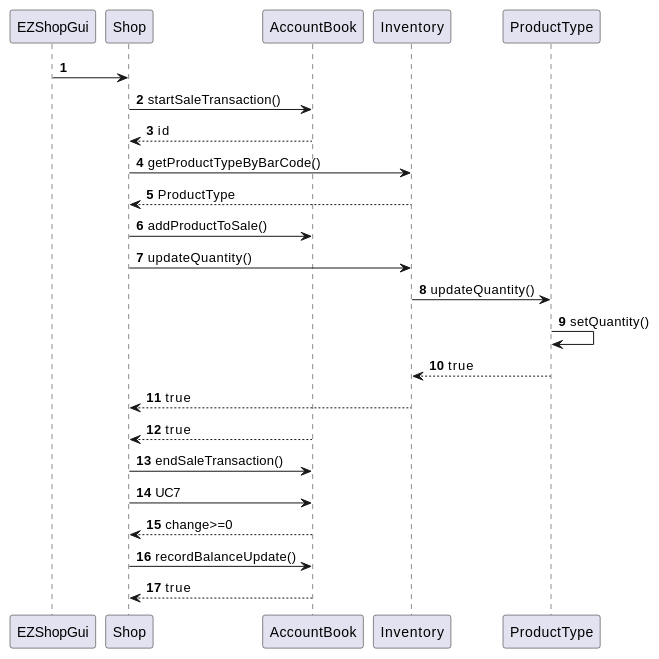
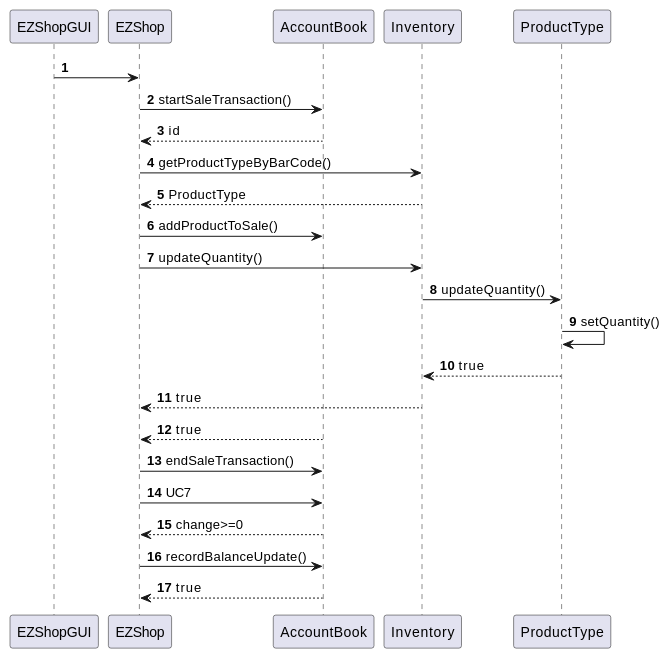
Before and after one commit to mkexc/ezshop: diagram 15 of 22 in Deliverables/DesignDocument.md, drawn with PlantUML. The commit also changed other lines of this file, not shown here.

````diff
--- a/Deliverables/DesignDocument.md
+++ b/Deliverables/DesignDocument.md
@@ -535,22 +432,22 @@
 ```plantuml
 @startuml
 autonumber
-EZShopGui -> Shop
-Shop -> AccountBook : startSaleTransaction()
-Shop <-- AccountBook : id
-Shop -> Inventory : getProductTypeByBarCode()
-Shop <-- Inventory : ProductType
-Shop -> AccountBook : addProductToSale()
-Shop -> Inventory : updateQuantity()
+EZShopGUI -> EZShop
+EZShop -> AccountBook : startSaleTransaction()
+EZShop <-- AccountBook : id
+EZShop -> Inventory : getProductTypeByBarCode()
+EZShop <-- Inventory : ProductType
+EZShop -> AccountBook : addProductToSale()
+EZShop -> Inventory : updateQuantity()
 Inventory -> ProductType : updateQuantity()
 ProductType -> ProductType : setQuantity()
 Inventory <-- ProductType : true
-Shop <-- Inventory : true
-Shop <-- AccountBook : true
-Shop -> AccountBook : endSaleTransaction()
-Shop -> AccountBook : UC7
-Shop <-- AccountBook : change>=0
-Shop -> AccountBook : recordBalanceUpdate()
-Shop <-- AccountBook : true
+EZShop <-- Inventory : true
+EZShop <-- AccountBook : true
+EZShop -> AccountBook : endSaleTransaction()
+EZShop -> AccountBook : UC7
+EZShop <-- AccountBook : change>=0
+EZShop -> AccountBook : recordBalanceUpdate()
+EZShop <-- AccountBook : true
 @enduml
 ```
````
